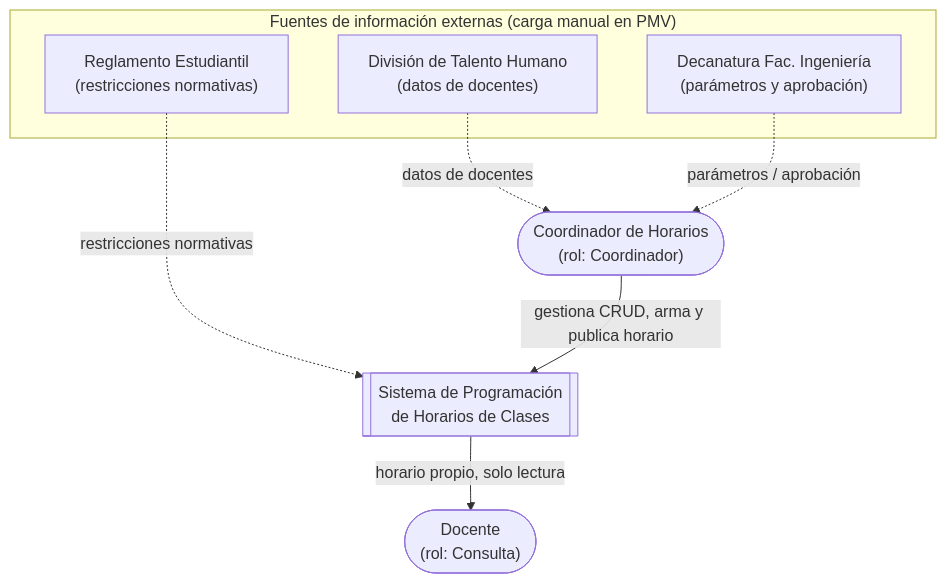
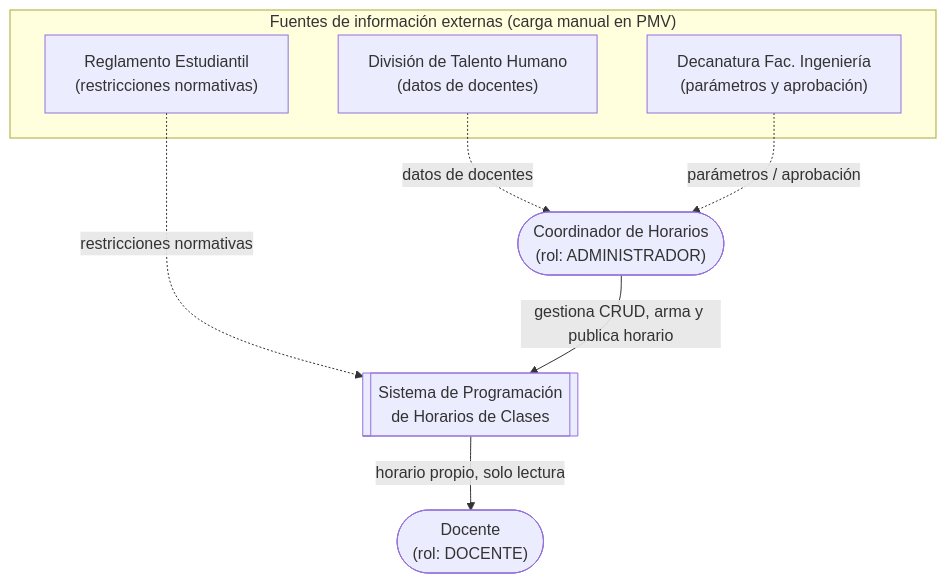
The diagram in docs/diagrams/diagrama-contexto.md (santiagosantofimio/academic-scheduler-system), drawn with Mermaid before and after one commit. The commit also changed other lines of this file and 3 other files, not shown here.

````diff
--- a/docs/diagrams/diagrama-contexto.md
+++ b/docs/diagrams/diagrama-contexto.md
@@ -26,20 +26,20 @@
 ```mermaid
 flowchart TB
     subgraph Externos["Fuentes de información externas (carga manual en PMV)"]
         TH["División de Talento Humano<br/>(datos de docentes)"]
         DEC["Decanatura Fac. Ingeniería<br/>(parámetros y aprobación)"]
         REG["Reglamento Estudiantil<br/>(restricciones normativas)"]
     end
 
-    COORD(["Coordinador de Horarios<br/>(rol: Coordinador)"])
-    CONS(["Docente<br/>(rol: Consulta)"])
+    COORD(["Coordinador de Horarios<br/>(rol: ADMINISTRADOR)"])
+    CONS(["Docente<br/>(rol: DOCENTE)"])
 
     SISTEMA[["Sistema de Programación<br/>de Horarios de Clases"]]
 
     TH -. datos de docentes .-> COORD
     DEC -. parámetros / aprobación .-> COORD
     REG -. restricciones normativas .-> SISTEMA
 
     COORD -- gestiona CRUD, arma y publica horario --> SISTEMA
     SISTEMA -- horario propio, solo lectura --> CONS
 ```
````
